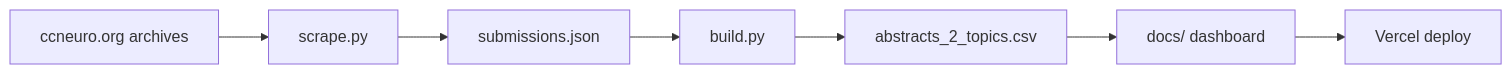
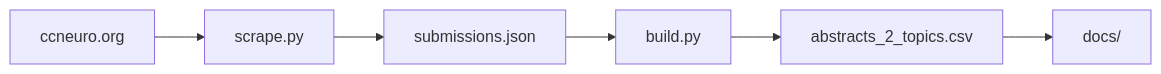
The diagram in docs/GUIDE.md (kahinimehta/CCNVisualizer), drawn with Mermaid before and after one commit. The commit also changed other lines of this file and 1 other file, not shown here.

````diff
--- a/docs/GUIDE.md
+++ b/docs/GUIDE.md
@@ -7,9 +7,8 @@
 ```mermaid
 flowchart LR
-  A[ccneuro.org archives] --> B[scrape.py]
+  A[ccneuro.org] --> B[scrape.py]
   B --> C[submissions.json]
   C --> D[build.py]
   D --> E[abstracts_2_topics.csv]
-  E --> F[docs/ dashboard]
-  F --> G[Vercel deploy]
+  E --> F[docs/]
 ```
````
